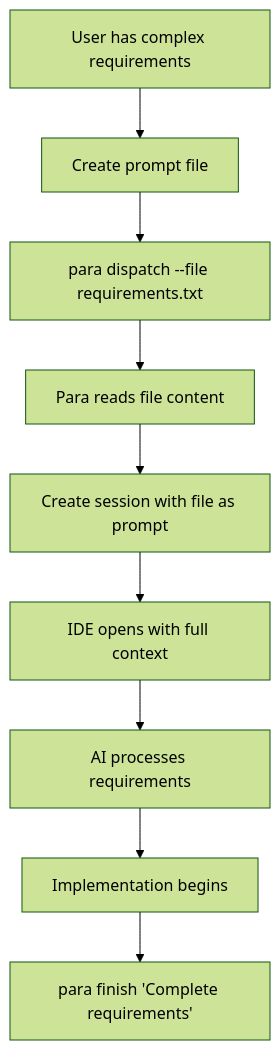
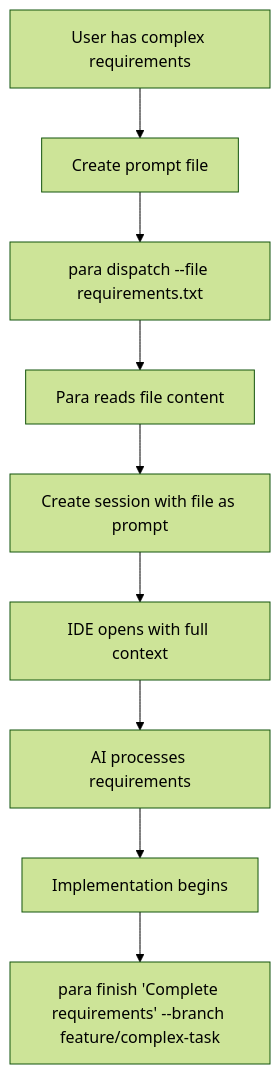
The fourth of 6 diagrams in docs/WORKFLOW.md (2mawi2/para), drawn with Mermaid (forest theme) before and after one commit. The commit also changed other lines of this file and 6 other files, not shown here.

````diff
--- a/docs/WORKFLOW.md
+++ b/docs/WORKFLOW.md
@@ -107,11 +108,11 @@
 ```mermaid
 flowchart TD
     A[User has complex requirements] --> B[Create prompt file]
     B --> C[para dispatch --file requirements.txt]
     C --> D[Para reads file content]
     D --> E[Create session with file as prompt]
     E --> F[IDE opens with full context]
     F --> G[AI processes requirements]
     G --> H[Implementation begins]
-    H --> I[para finish 'Complete requirements']
+    H --> I[para finish 'Complete requirements' --branch feature/complex-task]
 ```
````
